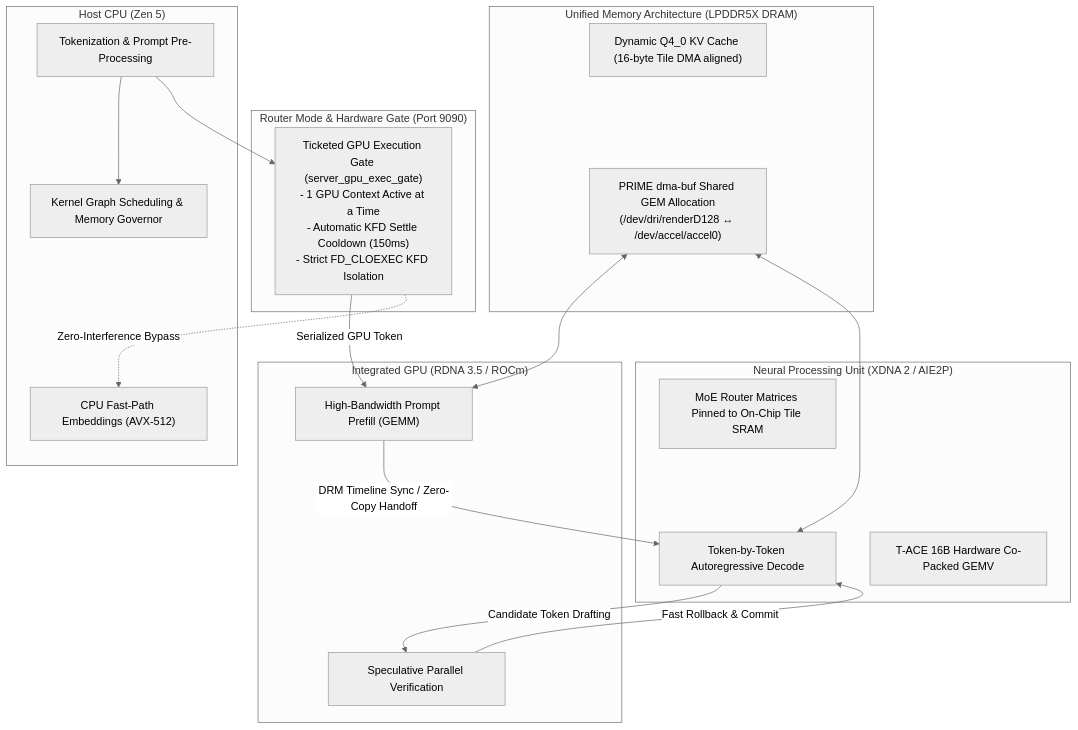
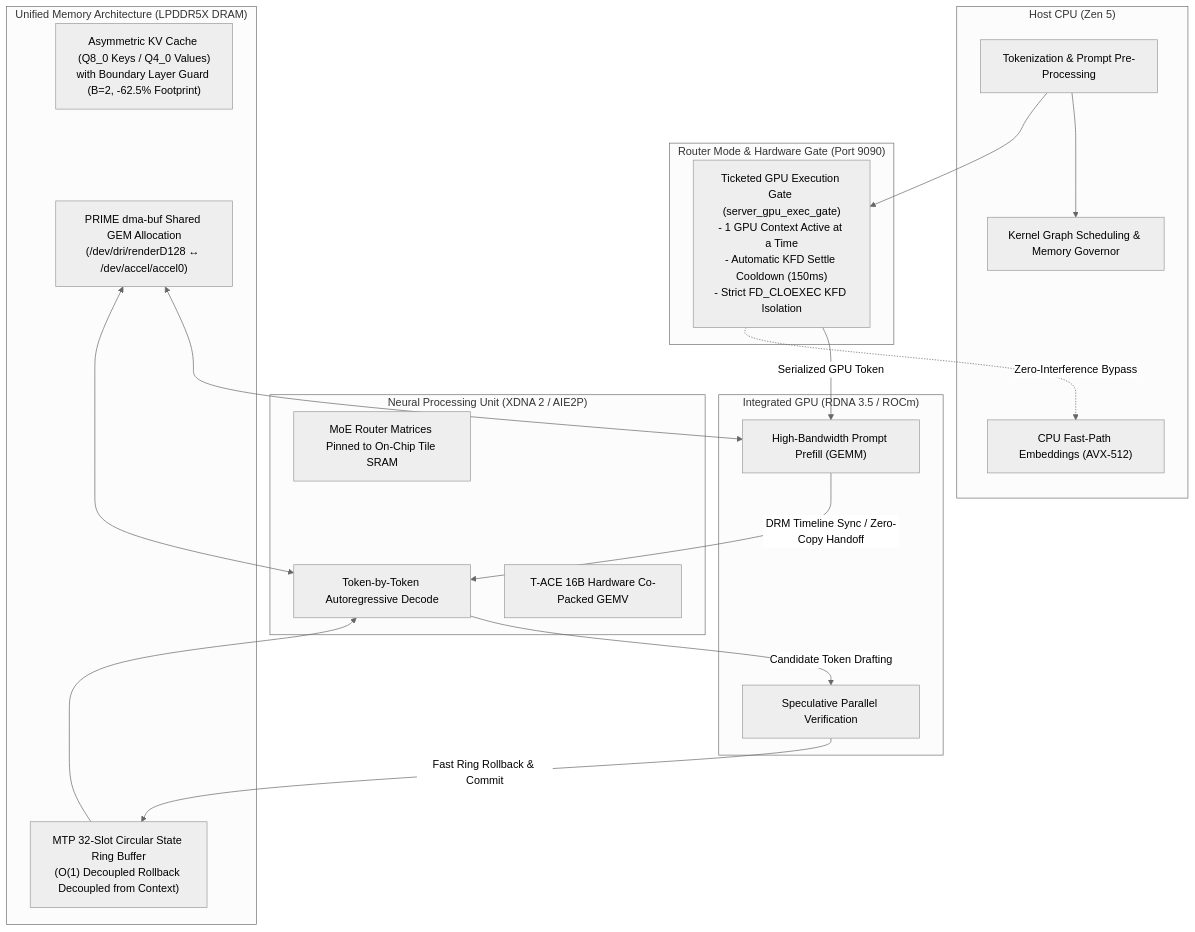
The diagram in README.md (fencerJP/llama-apu), drawn with Mermaid (neutral theme) before and after one commit. The commit also changed other lines of this file and 1 other file, not shown here.

````diff
--- a/README.md
+++ b/README.md
@@ -26,38 +26,40 @@
 ```mermaid
 flowchart TD
     subgraph Host["Host CPU (Zen 5)"]
         A["Tokenization & Prompt Pre-Processing"] --> B["Kernel Graph Scheduling & Memory Governor"]
         CPUEmbed["CPU Fast-Path Embeddings (AVX-512)"]
     end
 
     subgraph Router["Router Mode & Hardware Gate (Port 9090)"]
         Gate["Ticketed GPU Execution Gate (server_gpu_exec_gate)\n- 1 GPU Context Active at a Time\n- Automatic KFD Settle Cooldown (150ms)\n- Strict FD_CLOEXEC KFD Isolation"]
     end
 
     subgraph iGPU["Integrated GPU (RDNA 3.5 / ROCm)"]
         C["High-Bandwidth Prompt Prefill (GEMM)"]
         D["Speculative Parallel Verification"]
     end
 
     subgraph NPU["Neural Processing Unit (XDNA 2 / AIE2P)"]
         E["Token-by-Token Autoregressive Decode"]
         F["T-ACE 16B Hardware Co-Packed GEMV"]
         G["MoE Router Matrices Pinned to On-Chip Tile SRAM"]
     end
 
     subgraph UMA["Unified Memory Architecture (LPDDR5X DRAM)"]
         H["PRIME dma-buf Shared GEM Allocation\n(/dev/dri/renderD128 ↔ /dev/accel/accel0)"]
-        I["Dynamic Q4_0 KV Cache (16-byte Tile DMA aligned)"]
+        I["Asymmetric KV Cache (Q8_0 Keys / Q4_0 Values)\nwith Boundary Layer Guard (B=2, -62.5% Footprint)"]
+        MTP["MTP 32-Slot Circular State Ring Buffer\n(O(1) Decoupled Rollback Decoupled from Context)"]
     end
 
     Gate -->|Serialized GPU Token| C
     Gate -.->|Zero-Interference Bypass| CPUEmbed
     A --> Gate
     C -->|DRM Timeline Sync / Zero-Copy Handoff| E
     E -->|Candidate Token Drafting| D
-    D -->|Fast Rollback & Commit| E
+    D -->|Fast Ring Rollback & Commit| MTP
+    MTP --> E
     H <--> C
     H <--> E
     G --- NPU
     I --- UMA
 ```
````
